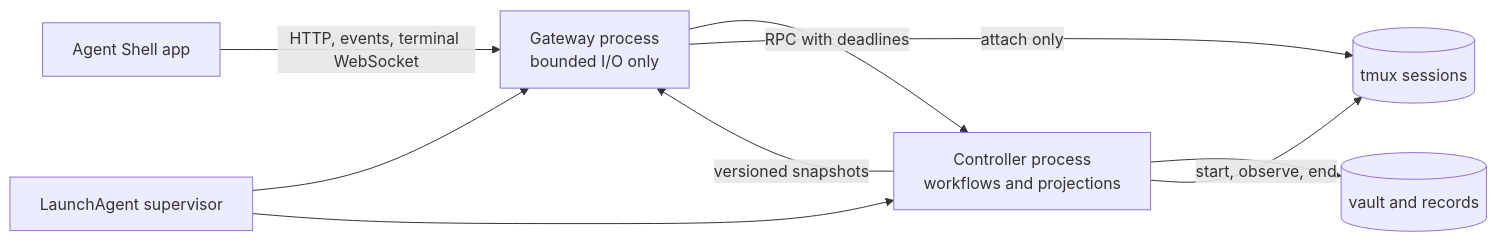
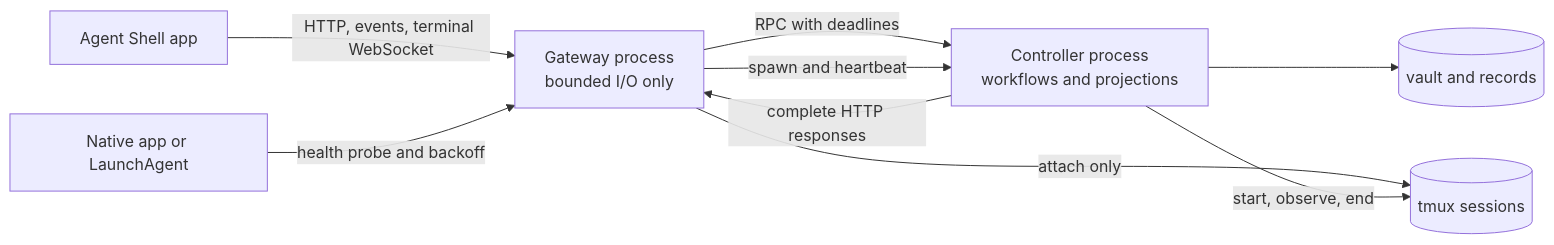
The diagram in docs/design/agent-shell-runtime-resilience/design.md (jkasimotto/tangent), drawn with Mermaid before and after one commit. The commit also changed other lines of this file and 66 other files, not shown here.

````diff
--- a/docs/design/agent-shell-runtime-resilience/design.md
+++ b/docs/design/agent-shell-runtime-resilience/design.md
@@ -13,11 +13,11 @@
 ```mermaid
 flowchart LR
   App[Agent Shell app] -->|HTTP, events, terminal WebSocket| Gateway
   Gateway[Gateway process<br/>bounded I/O only] -->|RPC with deadlines| Controller
   Gateway -->|attach only| Tmux[(tmux sessions)]
   Controller[Controller process<br/>workflows and projections] --> Vault[(vault and records)]
   Controller -->|start, observe, end| Tmux
-  Supervisor[LaunchAgent supervisor] --> Gateway
-  Supervisor --> Controller
-  Controller -->|versioned snapshots| Gateway
+  Launcher[Native app or LaunchAgent] -->|health probe and backoff| Gateway
+  Gateway -->|spawn and heartbeat| Controller
+  Controller -->|complete HTTP responses| Gateway
 ```
````
